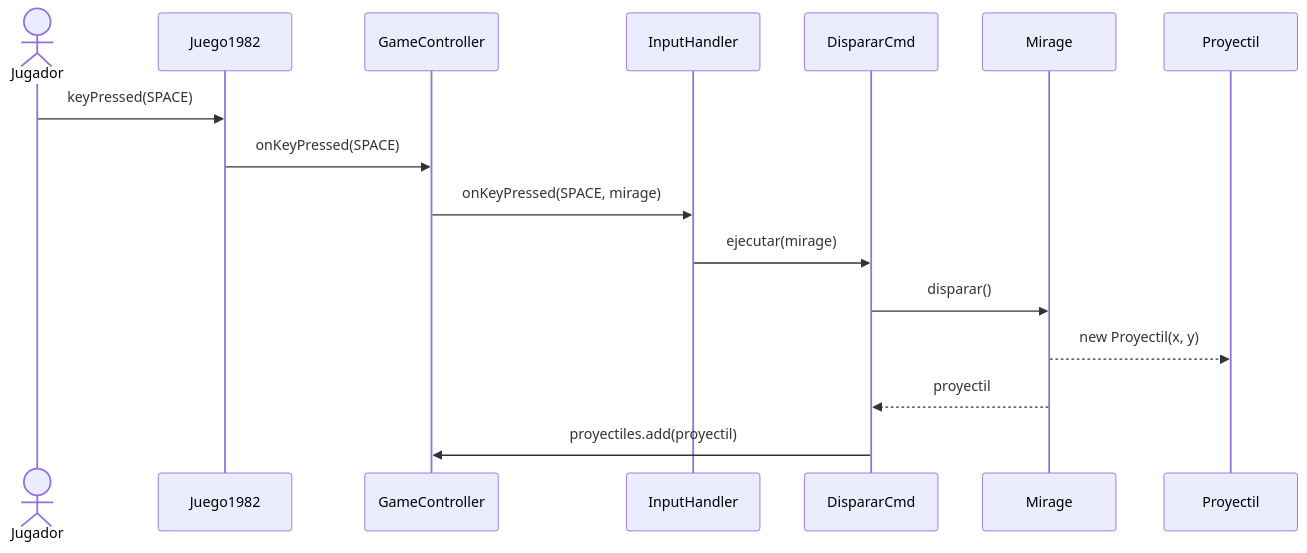
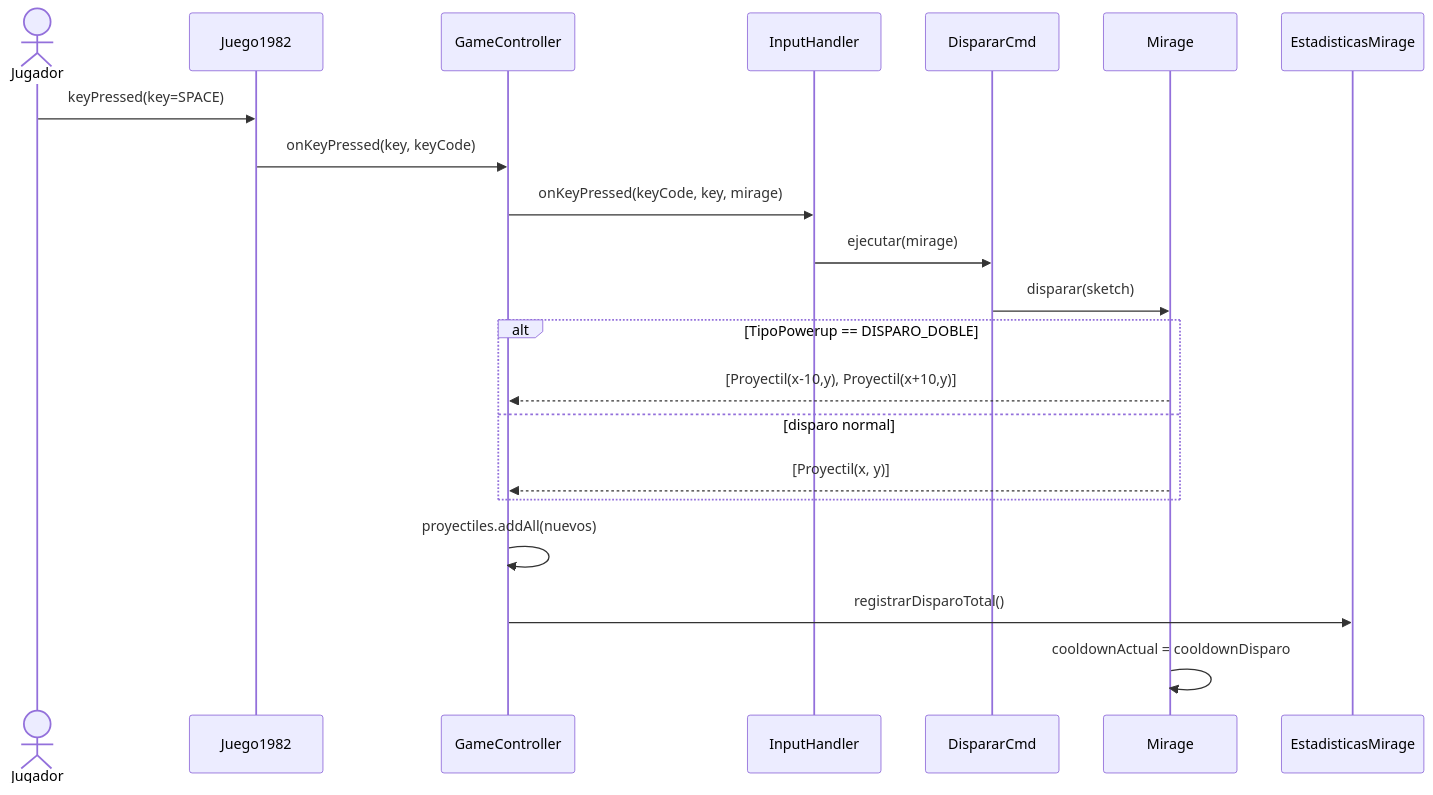
The third of 12 diagrams in docs/analisis/casos-de-uso.md (Christian-Rojas-Rodriguez/juego-1982), drawn with Mermaid before and after one commit. The commit also changed other lines of this file and 3 other files, not shown here.

````diff
--- a/docs/analisis/casos-de-uso.md
+++ b/docs/analisis/casos-de-uso.md
@@ -80,19 +127,24 @@
 ```mermaid
 sequenceDiagram
     actor Jugador
     participant Juego1982
     participant GameController
     participant InputHandler
     participant DispararCmd
     participant Mirage
-    participant Proyectil
+    participant EstadisticasMirage
 
-    Jugador->>Juego1982: keyPressed(SPACE)
-    Juego1982->>GameController: onKeyPressed(SPACE)
-    GameController->>InputHandler: onKeyPressed(SPACE, mirage)
+    Jugador->>Juego1982: keyPressed(key=SPACE)
+    Juego1982->>GameController: onKeyPressed(key, keyCode)
+    GameController->>InputHandler: onKeyPressed(keyCode, key, mirage)
     InputHandler->>DispararCmd: ejecutar(mirage)
-    DispararCmd->>Mirage: disparar()
-    Mirage-->>Proyectil: new Proyectil(x, y)
-    Mirage-->>DispararCmd: proyectil
-    DispararCmd->>GameController: proyectiles.add(proyectil)
+    DispararCmd->>Mirage: disparar(sketch)
+    alt TipoPowerup == DISPARO_DOBLE
+        Mirage-->>GameController: [Proyectil(x-10,y), Proyectil(x+10,y)]
+    else disparo normal
+        Mirage-->>GameController: [Proyectil(x, y)]
+    end
+    GameController->>GameController: proyectiles.addAll(nuevos)
+    GameController->>EstadisticasMirage: registrarDisparoTotal()
+    Mirage->>Mirage: cooldownActual = cooldownDisparo
 ```
````
